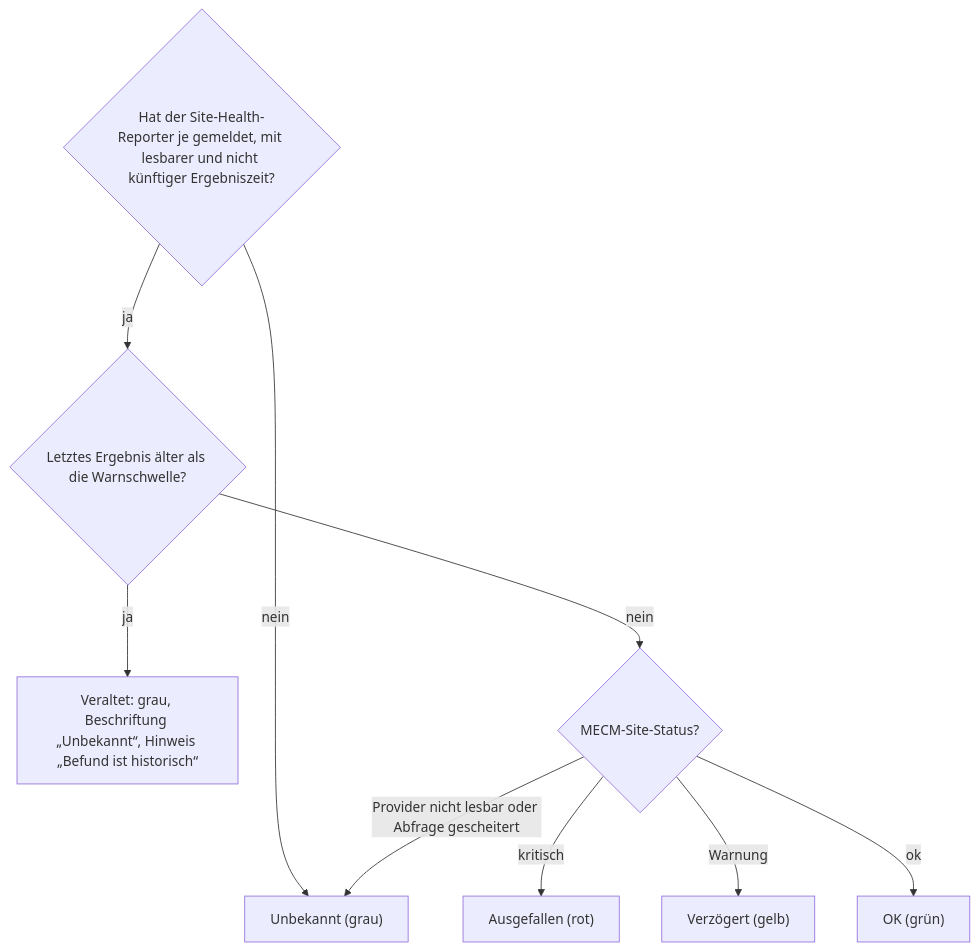
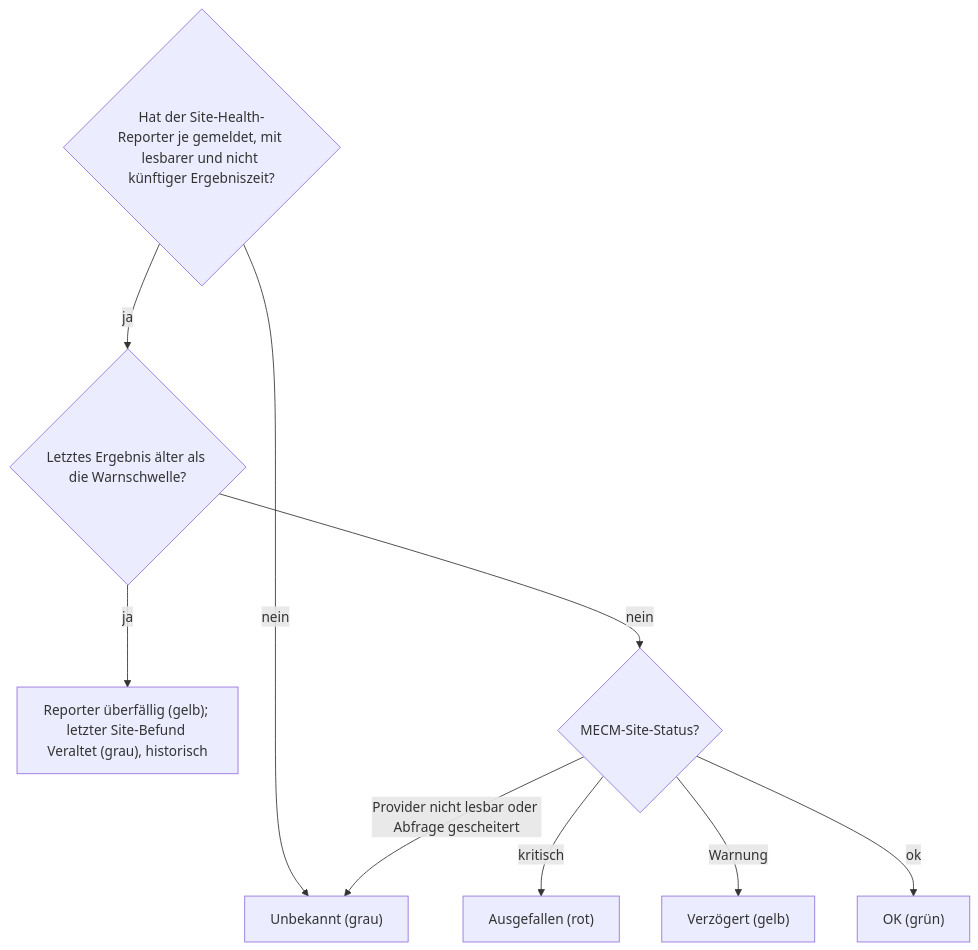
The third of 8 diagrams in docs/operations/system-status-checks.md (Samy94M/VirtuSphere-v2-WebApp), drawn with Mermaid before and after one commit. The commit also changed other lines of this file and 12 other files, not shown here.

Commit message:
Separate overdue site reporter from historical site evidence

````diff
--- a/docs/operations/system-status-checks.md
+++ b/docs/operations/system-status-checks.md
@@ -89,11 +89,11 @@
 ```mermaid
 flowchart TD
   A{"Hat der Site-Health-Reporter je gemeldet, mit lesbarer und nicht künftiger Ergebniszeit?"} -->|nein| UK["Unbekannt (grau)"]
   A -->|ja| S{"Letztes Ergebnis älter als die Warnschwelle?"}
-  S -->|ja| SS["Veraltet: grau, Beschriftung „Unbekannt“, Hinweis „Befund ist historisch“"]
+  S -->|ja| SS["Reporter überfällig (gelb); letzter Site-Befund Veraltet (grau), historisch"]
   S -->|nein| SC{"MECM-Site-Status?"}
   SC -->|kritisch| RD["Ausgefallen (rot)"]
   SC -->|Warnung| YL["Verzögert (gelb)"]
   SC -->|ok| GR["OK (grün)"]
   SC -->|Provider nicht lesbar oder Abfrage gescheitert| UK
 ```
````
